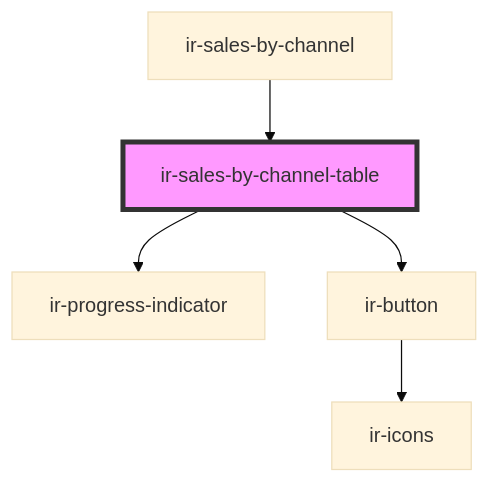
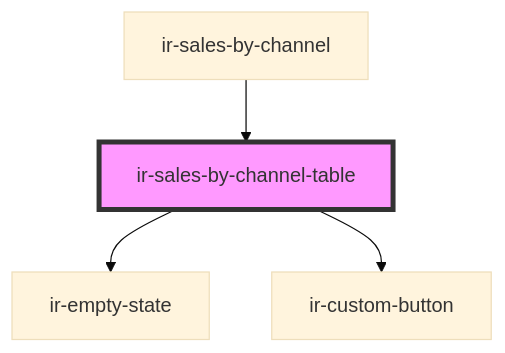
One commit to RonyRizk/ir-webcmp changed the diagram in src/components/ir-sales-by-channel/ir-sales-by-channel-table/readme.md. Above: the diagram before and after it, drawn with Mermaid (base theme). The commit also changed other lines of this file and 508 other files, not shown here.

````diff
--- a/src/components/ir-sales-by-channel/ir-sales-by-channel-table/readme.md
+++ b/src/components/ir-sales-by-channel/ir-sales-by-channel-table/readme.md
@@ -29,8 +29,7 @@
 ```mermaid
 graph TD;
-  ir-sales-by-channel-table --> ir-progress-indicator
-  ir-sales-by-channel-table --> ir-button
-  ir-button --> ir-icons
+  ir-sales-by-channel-table --> ir-empty-state
+  ir-sales-by-channel-table --> ir-custom-button
   ir-sales-by-channel --> ir-sales-by-channel-table
   style ir-sales-by-channel-table fill:#f9f,stroke:#333,stroke-width:4px
 ```
````
